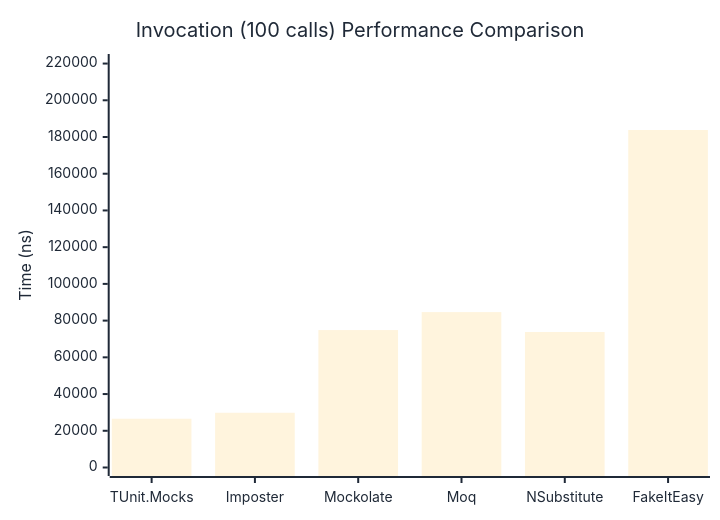
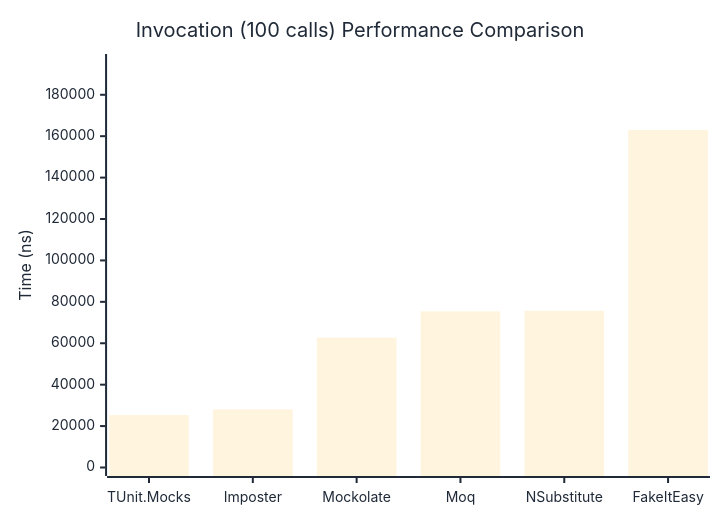
One commit to thomhurst/TUnit changed the third of 3 diagrams in docs/docs/benchmarks/mocks/Invocation.md. Above: the diagram before and after it, drawn with Mermaid. The commit also changed other lines of this file and 14 other files, not shown here.

````diff
--- a/docs/docs/benchmarks/mocks/Invocation.md
+++ b/docs/docs/benchmarks/mocks/Invocation.md
@@ -110,27 +110,27 @@
 ```mermaid
 %%{init: {
   'theme':'base',
   'themeVariables': {
     'primaryColor': '#2563eb',
     'primaryTextColor': '#1f2937',
     'primaryBorderColor': '#1e40af',
     'lineColor': '#6b7280',
     'secondaryColor': '#7c3aed',
     'tertiaryColor': '#dc2626',
     'background': '#ffffff',
     'pie1': '#2563eb',
     'pie2': '#7c3aed',
     'pie3': '#dc2626',
     'pie4': '#f59e0b',
     'pie5': '#10b981',
     'pie6': '#06b6d4',
     'pie7': '#ec4899',
     'pie8': '#6366f1'
   }
 }}%%
 xychart-beta
   title "Invocation (100 calls) Performance Comparison"
   x-axis ["TUnit.Mocks", "Imposter", "Mockolate", "Moq", "NSubstitute", "FakeItEasy"]
-  y-axis "Time (ns)" 0 --> 220577
-  bar [26559.9, 29818.9, 74846, 84638.7, 73781.1, 183814.1]
+  y-axis "Time (ns)" 0 --> 195586
+  bar [25358.4, 28108.6, 62708.5, 75398.7, 75682.6, 162987.7]
 ```
````
